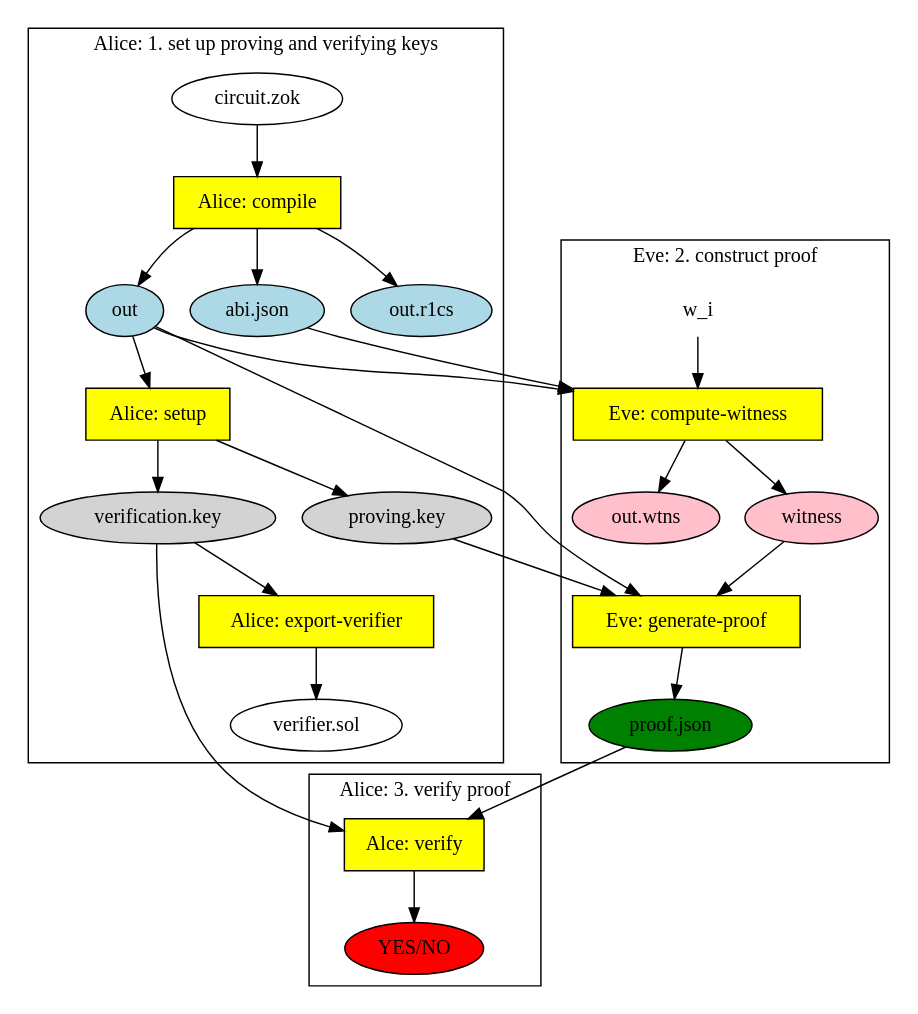
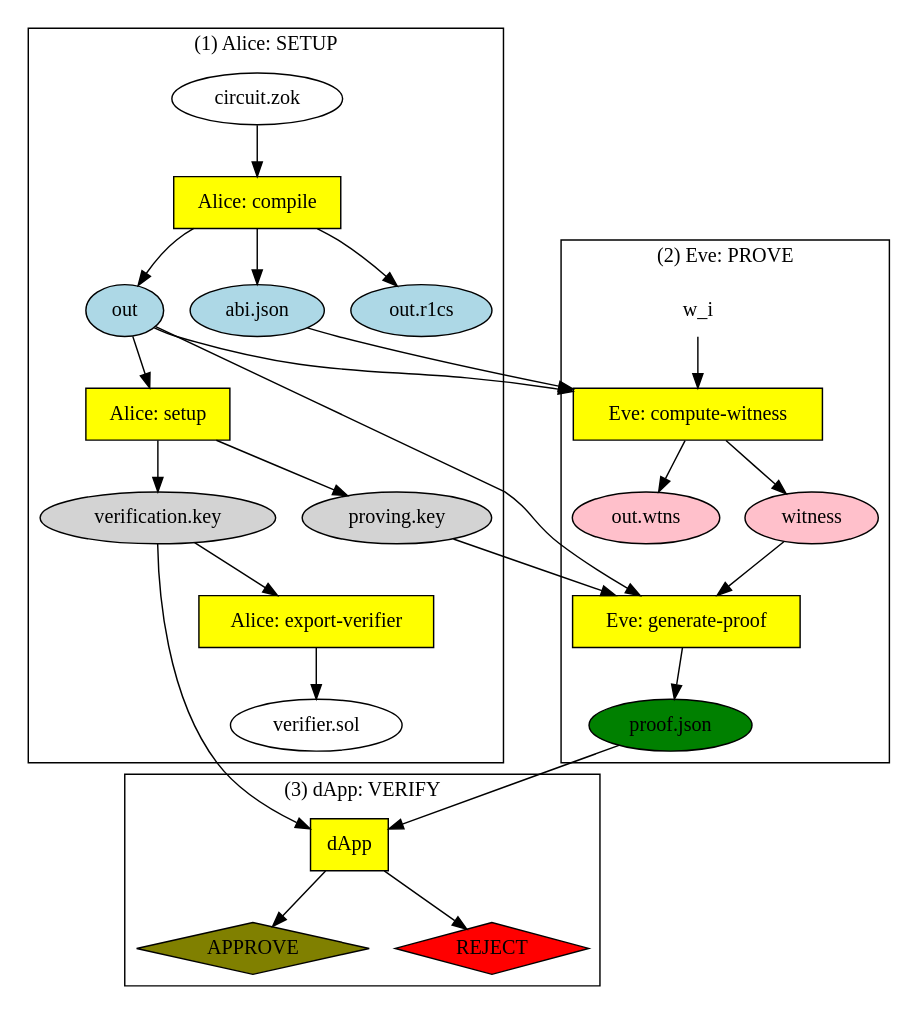
The diagram in groth16/zokrates/zok-flow.dot (barnjamin/zk-experiments), drawn with Graphviz before and after one commit. The commit also changed 32 other files, not shown here.

```diff
--- a/groth16/zokrates/zok-flow.dot
+++ b/groth16/zokrates/zok-flow.dot
@@ -1,69 +1,63 @@
-/*
-A_compile: circuit.zok -> abi.json, out, out.r1cs
-A_setup: out -> proving.key, verification.key
-A_export-verifier: verfication.key -> verifier.sol
-E_compute-witness: abi.json, out -> out.wtns, witness
-E_generate-proof: proving.key, out, witness -> proof.json
-A_verify: proof.json, verification.key -> YES/NO
-*/
-
 digraph {
   rankdir=TB;
   /* Set up node styles */
   circuit [label="circuit.zok"]
   node [shape=oval, style=filled, fillcolor=lightblue]
   abi [label="abi.json"]
   out [label="out"]
   out_r1cs [label="out.r1cs"]
   node [shape=oval, style=filled, fillcolor=lightgray]
   pkey [label="proving.key"]
   vkey [label="verification.key"]
   node [shape=oval, style=filled, fillcolor=white]
   vsol [label="verifier.sol"]
   node [shape=oval, style=filled, fillcolor=pink]
   out_w [label="out.wtns"]
   witness [label="witness"]
   node [shape=oval, style=filled, fillcolor=green]
   proof [label="proof.json"]
-  node [shape=oval, style=filled, fillcolor=red]
-  final [label="YES/NO"]
+  node [shape=diamond, style=filled, fillcolor=olive]
+  approve [label="APPROVE"]
+  node [shape=diamond, style=filled, fillcolor=red]
+  reject [label="REJECT"]
   node [shape=none, style=filled, fillcolor=white]
   w [label="w_i"]
 
   node [shape=rectangle, fillcolor=yellow]
   subgraph cluster_A1 {
-    label="Alice: 1. set up proving and verifying keys";
+    label="(1) Alice: SETUP";
       circuit
       A_compile [label="Alice: compile"]
       abi
       out
       out_r1cs
       A_setup [label="Alice: setup"]
       pkey
       vkey
       A_export [label="Alice: export-verifier"]
       vsol
   }
   subgraph cluster_E2 {
-      label="Eve: 2. construct proof";
+      label="(2) Eve: PROVE";
       w
       E_cw [label="Eve: compute-witness"]
       out_w
       witness
       E_prove [label="Eve: generate-proof"]
       proof
   }
   subgraph cluster_A3 {
-    label="Alice: 3. verify proof";
-    A_verify [label="Alce: verify"]
-    final
+    label="(3) dApp: VERIFY";
+    D_verify [label="dApp"]
+    approve
+    reject
   }
 
   /* Create edges between nodes */
   circuit -> A_compile -> {abi, out, out_r1cs}
   out -> A_setup -> {pkey, vkey}
   vkey -> A_export -> vsol
   {abi, out, w} -> E_cw -> {out_w, witness}
   {pkey, out, witness} -> E_prove -> proof
-  {proof, vkey} -> A_verify -> final
+  {proof, vkey} -> D_verify -> approve, reject
 }
```
